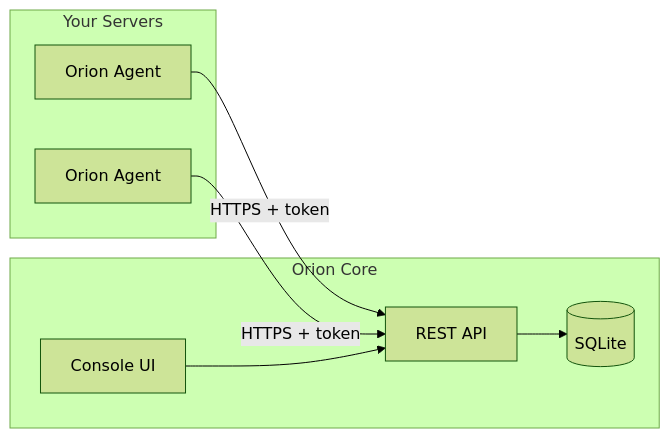
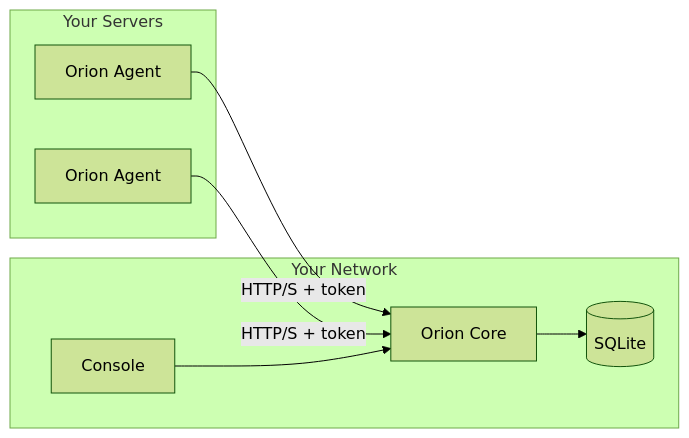
The diagram in README.md (sunday-studio/orion), drawn with Mermaid (forest theme) before and after one commit. The commit also changed other lines of this file and 20 other files, not shown here.

````diff
--- a/README.md
+++ b/README.md
@@ -11,16 +14,16 @@
 ```mermaid
 flowchart LR
     subgraph servers [Your Servers]
         A1[Orion Agent]
         A2[Orion Agent]
     end
-    subgraph central [Orion Core]
-        API[REST API]
+    subgraph local [Your Network]
+        C[Orion Core]
         DB[(SQLite)]
-        UI[Console UI]
+        UI[Console]
     end
-    A1 -->|HTTPS + token| API
-    A2 -->|HTTPS + token| API
-    API --> DB
-    UI --> API
+    A1 -->|HTTP/S + token| C
+    A2 -->|HTTP/S + token| C
+    C --> DB
+    UI --> C
 ```
````
